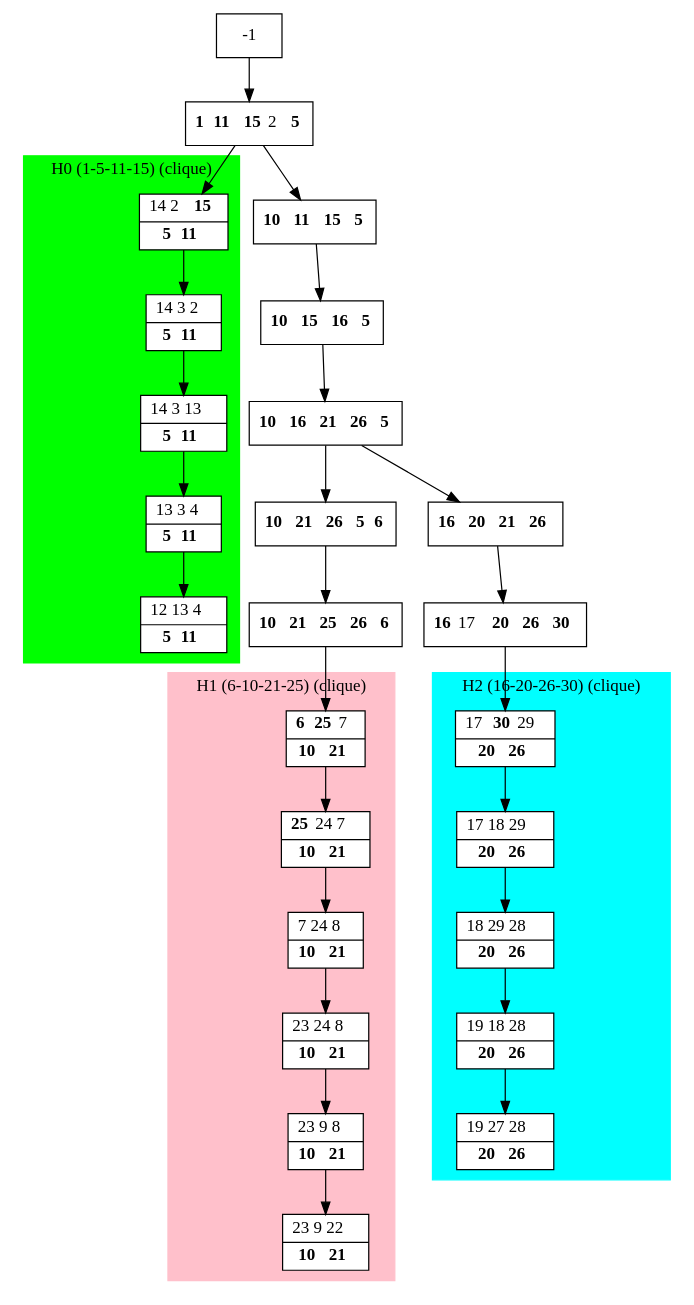
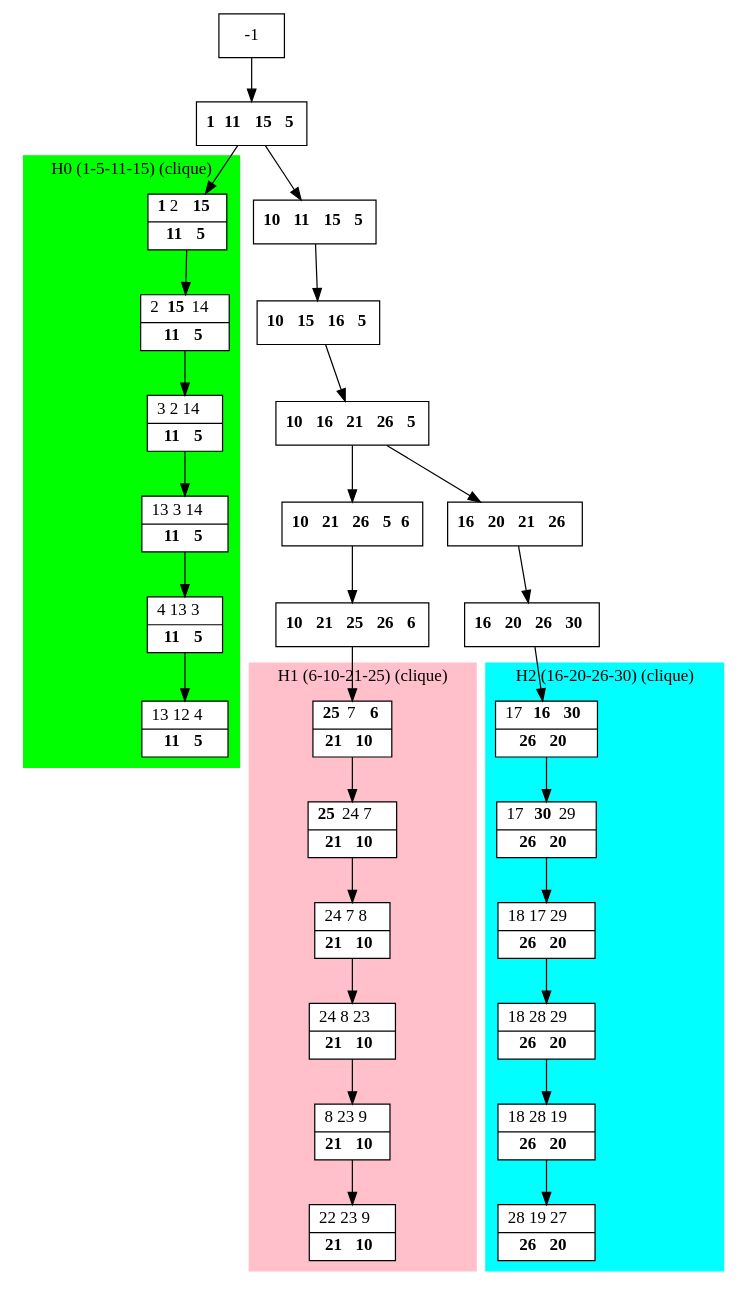
Before and after one commit to bmarchand/auto-dp: the diagram in results/dot_files/processed_K.dot, drawn with Graphviz. The commit also changed 31 other files, not shown here.

```diff
--- a/results/dot_files/processed_K.dot
+++ b/results/dot_files/processed_K.dot
@@ -1,62 +1,64 @@
 digraph G {
     node [shape=box];
     subgraph cluster0 {
         node [style=filled,fillcolor=white];
         labeljust="l";
         style=filled;
         color=lime;
-        H0_1 -> H0_2 -> H0_3 -> H0_4 -> H0_5;
+        H0_0 -> H0_1 -> H0_2 -> H0_3 -> H0_4 -> H0_5;
         label="H0 (1-5-11-15) (clique)";
     }
     subgraph cluster1 {
         node [style=filled,fillcolor=white];
         labeljust="l";
         style=filled;
         color=pink;
         H1_0 -> H1_1 -> H1_2 -> H1_3 -> H1_4 -> H1_5;
         label="H1 (6-10-21-25) (clique)";
     }
     subgraph cluster2 {
         node [style=filled,fillcolor=white];
         labeljust="l";
         style=filled;
         color=cyan;
-        H2_1 -> H2_2 -> H2_3 -> H2_4 -> H2_5;
+        H2_0 -> H2_1 -> H2_2 -> H2_3 -> H2_4 -> H2_5;
         label="H2 (16-20-26-30) (clique)";
     }
-     1 [shape=record,label= <{ <b>1</b> <b>11</b> <b>15</b> 2 <b>5</b>}> ];
+     1 [shape=record,label= <{ <b>1</b> <b>11</b> <b>15</b> <b>5</b>}> ];
      -1  ->  1;
-     H0_1 [shape=record,label= <{ 14 2 <b>15</b>|  <b>5</b> <b>11</b>}> ];
-     1  ->  H0_1;
-     H0_2 [shape=record,label= <{ 14 3 2|  <b>5</b> <b>11</b>}> ];
-     H0_3 [shape=record,label= <{ 14 3 13|  <b>5</b> <b>11</b>}> ];
-     H0_4 [shape=record,label= <{ 13 3 4|  <b>5</b> <b>11</b>}> ];
-     H0_5 [shape=record,label= <{ 12 13 4|  <b>5</b> <b>11</b>}> ];
+     H0_0 [shape=record,label= <{ <b>1</b> 2 <b>15</b>|  <b>11</b> <b>5</b>}> ];
+     1  ->  H0_0;
+     H0_1 [shape=record,label= <{ 2 <b>15</b> 14|  <b>11</b> <b>5</b>}> ];
+     H0_2 [shape=record,label= <{ 3 2 14|  <b>11</b> <b>5</b>}> ];
+     H0_3 [shape=record,label= <{ 13 3 14|  <b>11</b> <b>5</b>}> ];
+     H0_4 [shape=record,label= <{ 4 13 3|  <b>11</b> <b>5</b>}> ];
+     H0_5 [shape=record,label= <{ 13 12 4|  <b>11</b> <b>5</b>}> ];
      18 [shape=record,label= <{ <b>10</b> <b>11</b> <b>15</b> <b>5</b>}> ];
      1  ->  18;
      17 [shape=record,label= <{ <b>10</b> <b>15</b> <b>16</b> <b>5</b>}> ];
      18  ->  17;
      16 [shape=record,label= <{ <b>10</b> <b>16</b> <b>21</b> <b>26</b> <b>5</b>}> ];
      17  ->  16;
      9 [shape=record,label= <{ <b>10</b> <b>21</b> <b>26</b> <b>5</b> <b>6</b>}> ];
      16  ->  9;
      11 [shape=record,label= <{ <b>10</b> <b>21</b> <b>25</b> <b>26</b> <b>6</b>}> ];
      9  ->  11;
-     H1_0 [shape=record,label= <{ <b>6</b> <b>25</b> 7|  <b>10</b> <b>21</b>}> ];
+     H1_0 [shape=record,label= <{ <b>25</b> 7 <b>6</b>|  <b>21</b> <b>10</b>}> ];
      11  ->  H1_0;
-     H1_1 [shape=record,label= <{ <b>25</b> 24 7|  <b>10</b> <b>21</b>}> ];
-     H1_2 [shape=record,label= <{ 7 24 8|  <b>10</b> <b>21</b>}> ];
-     H1_3 [shape=record,label= <{ 23 24 8|  <b>10</b> <b>21</b>}> ];
-     H1_4 [shape=record,label= <{ 23 9 8|  <b>10</b> <b>21</b>}> ];
-     H1_5 [shape=record,label= <{ 23 9 22|  <b>10</b> <b>21</b>}> ];
+     H1_1 [shape=record,label= <{ <b>25</b> 24 7|  <b>21</b> <b>10</b>}> ];
+     H1_2 [shape=record,label= <{ 24 7 8|  <b>21</b> <b>10</b>}> ];
+     H1_3 [shape=record,label= <{ 24 8 23|  <b>21</b> <b>10</b>}> ];
+     H1_4 [shape=record,label= <{ 8 23 9|  <b>21</b> <b>10</b>}> ];
+     H1_5 [shape=record,label= <{ 22 23 9|  <b>21</b> <b>10</b>}> ];
      20 [shape=record,label= <{ <b>16</b> <b>20</b> <b>21</b> <b>26</b>}> ];
      16  ->  20;
-     22 [shape=record,label= <{ <b>16</b> 17 <b>20</b> <b>26</b> <b>30</b>}> ];
+     22 [shape=record,label= <{ <b>16</b> <b>20</b> <b>26</b> <b>30</b>}> ];
      20  ->  22;
-     H2_1 [shape=record,label= <{ 17 <b>30</b> 29|  <b>20</b> <b>26</b>}> ];
-     22  ->  H2_1;
-     H2_2 [shape=record,label= <{ 17 18 29|  <b>20</b> <b>26</b>}> ];
-     H2_3 [shape=record,label= <{ 18 29 28|  <b>20</b> <b>26</b>}> ];
-     H2_4 [shape=record,label= <{ 19 18 28|  <b>20</b> <b>26</b>}> ];
-     H2_5 [shape=record,label= <{ 19 27 28|  <b>20</b> <b>26</b>}> ];
+     H2_0 [shape=record,label= <{ 17 <b>16</b> <b>30</b>|  <b>26</b> <b>20</b>}> ];
+     22  ->  H2_0;
+     H2_1 [shape=record,label= <{ 17 <b>30</b> 29|  <b>26</b> <b>20</b>}> ];
+     H2_2 [shape=record,label= <{ 18 17 29|  <b>26</b> <b>20</b>}> ];
+     H2_3 [shape=record,label= <{ 18 28 29|  <b>26</b> <b>20</b>}> ];
+     H2_4 [shape=record,label= <{ 18 28 19|  <b>26</b> <b>20</b>}> ];
+     H2_5 [shape=record,label= <{ 28 19 27|  <b>26</b> <b>20</b>}> ];
 }
```
